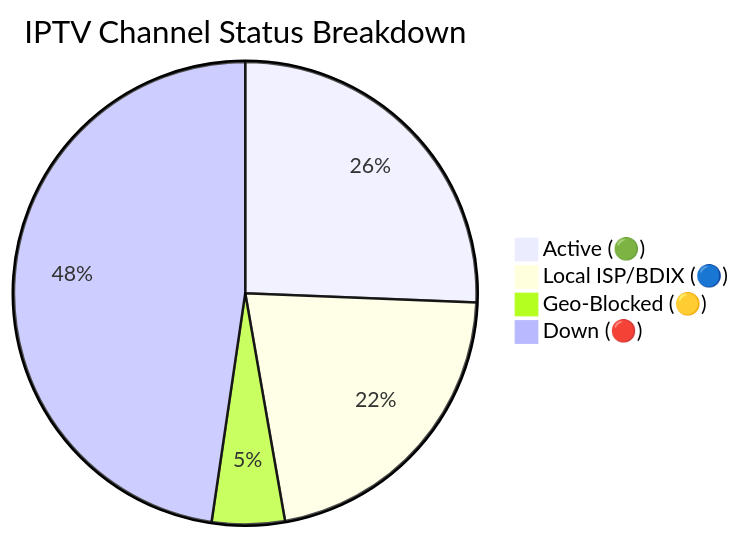
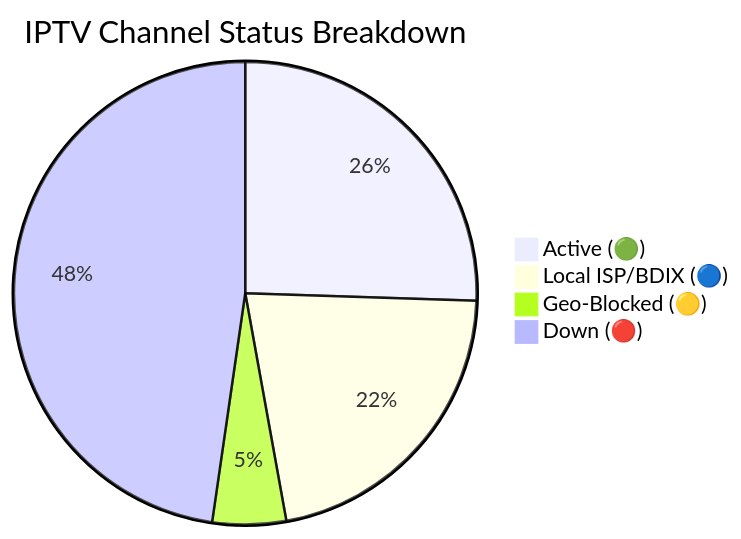
Before and after one commit to Zaman-Topu/Ip-tv-Collection: the diagram in README.md, drawn with Mermaid. The commit also changed other lines of this file and 6 other files, not shown here.

````diff
--- a/README.md
+++ b/README.md
@@ -118,7 +118,7 @@
 ```mermaid
 pie title IPTV Channel Status Breakdown
-    "Active (🟢)" : 10632
-    "Local ISP/BDIX (🔵)" : 8962
-    "Geo-Blocked (🟡)" : 2108
-    "Down (🔴)" : 19772
+    "Active (🟢)" : 10575
+    "Local ISP/BDIX (🔵)" : 8963
+    "Geo-Blocked (🟡)" : 2128
+    "Down (🔴)" : 19769
 ```
````
